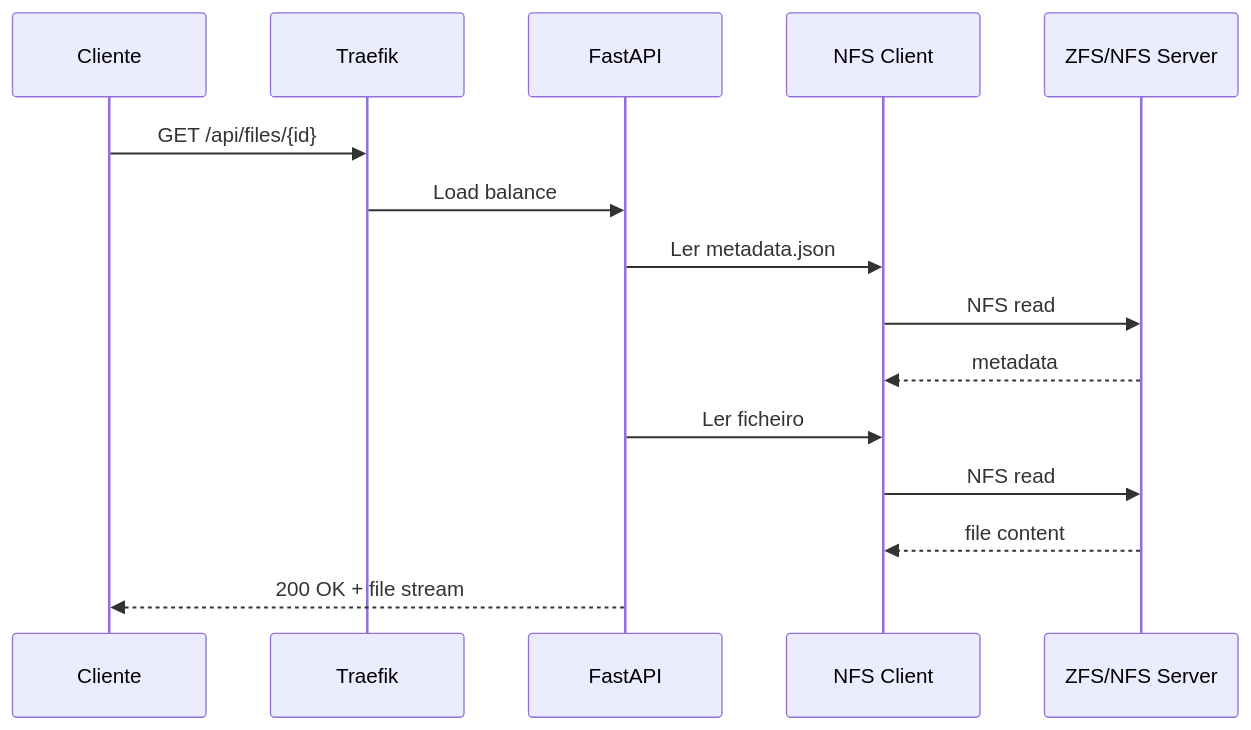
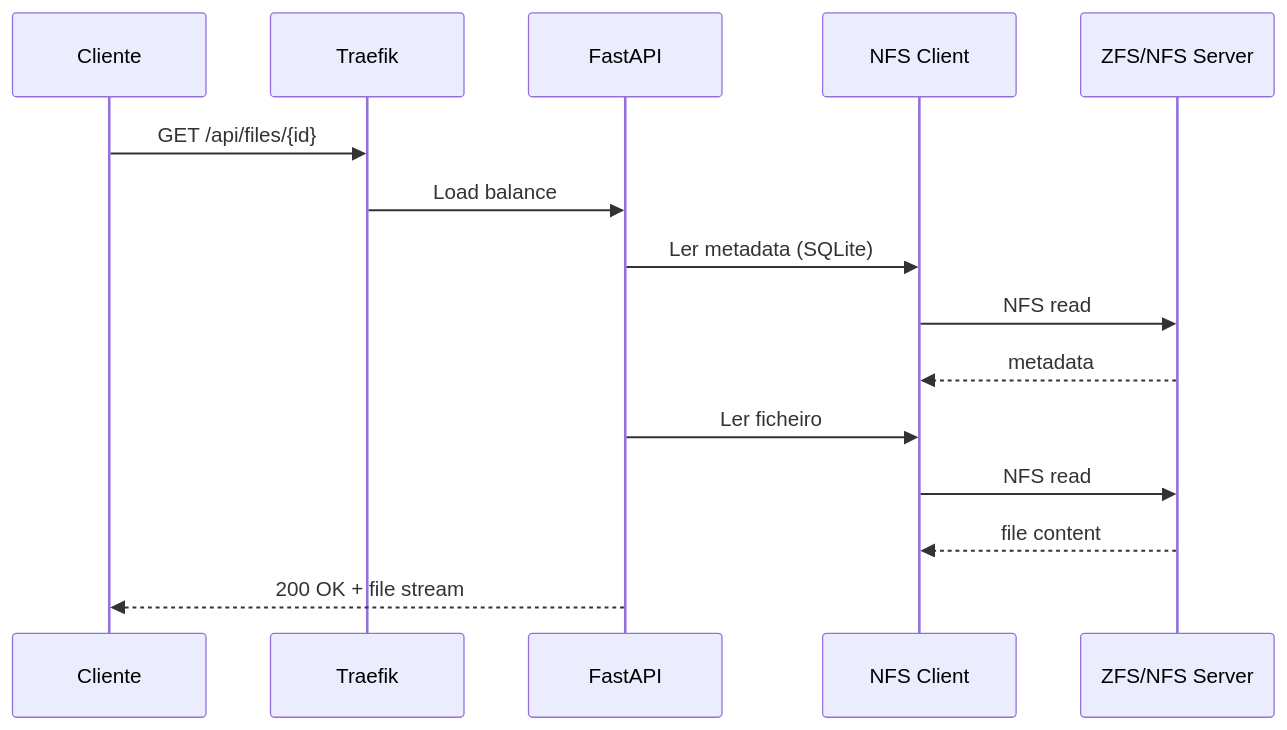
The third of 3 diagrams in docs/3_Arquitectura_Tecnica.md (Eduardomfdias/um-drive), drawn with Mermaid before and after one commit. The commit also changed other lines of this file and 3 other files, not shown here.

````diff
--- a/docs/3_Arquitectura_Tecnica.md
+++ b/docs/3_Arquitectura_Tecnica.md
@@ -211,18 +211,18 @@
 ```mermaid
 sequenceDiagram
     participant C as Cliente
     participant T as Traefik
     participant A as FastAPI
     participant N as NFS Client
     participant Z as ZFS/NFS Server
     
     C->>T: GET /api/files/{id}
     T->>A: Load balance
-    A->>N: Ler metadata.json
+    A->>N: Ler metadata (SQLite)
     N->>Z: NFS read
     Z-->>N: metadata
     A->>N: Ler ficheiro
     N->>Z: NFS read
     Z-->>N: file content
     A-->>C: 200 OK + file stream
 ```
````
